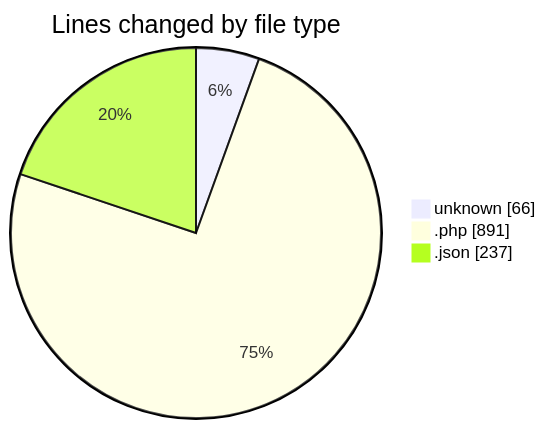
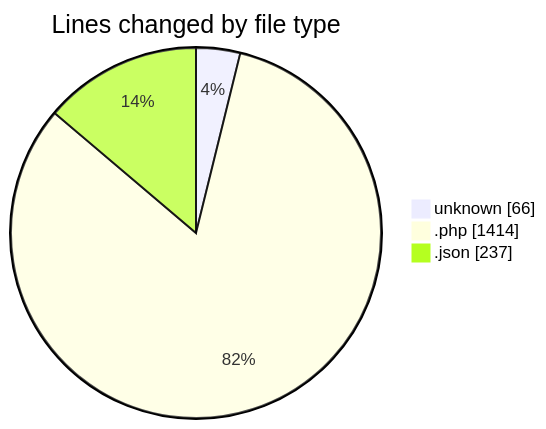
The first of 2 diagrams in 2025-05-15/bookingpodcas/README.md (idhammustaqopulfikri/code-tracking), drawn with Mermaid before and after one commit. The commit also changed other lines of this file and 1 other file, not shown here.

````diff
--- a/2025-05-15/bookingpodcas/README.md
+++ b/2025-05-15/bookingpodcas/README.md
@@ -24,7 +25,7 @@
 ```mermaid
 pie showData
 title Lines changed by file type
 "unknown" : 66
-".php" : 891
+".php" : 1414
 ".json" : 237
 ```
````
